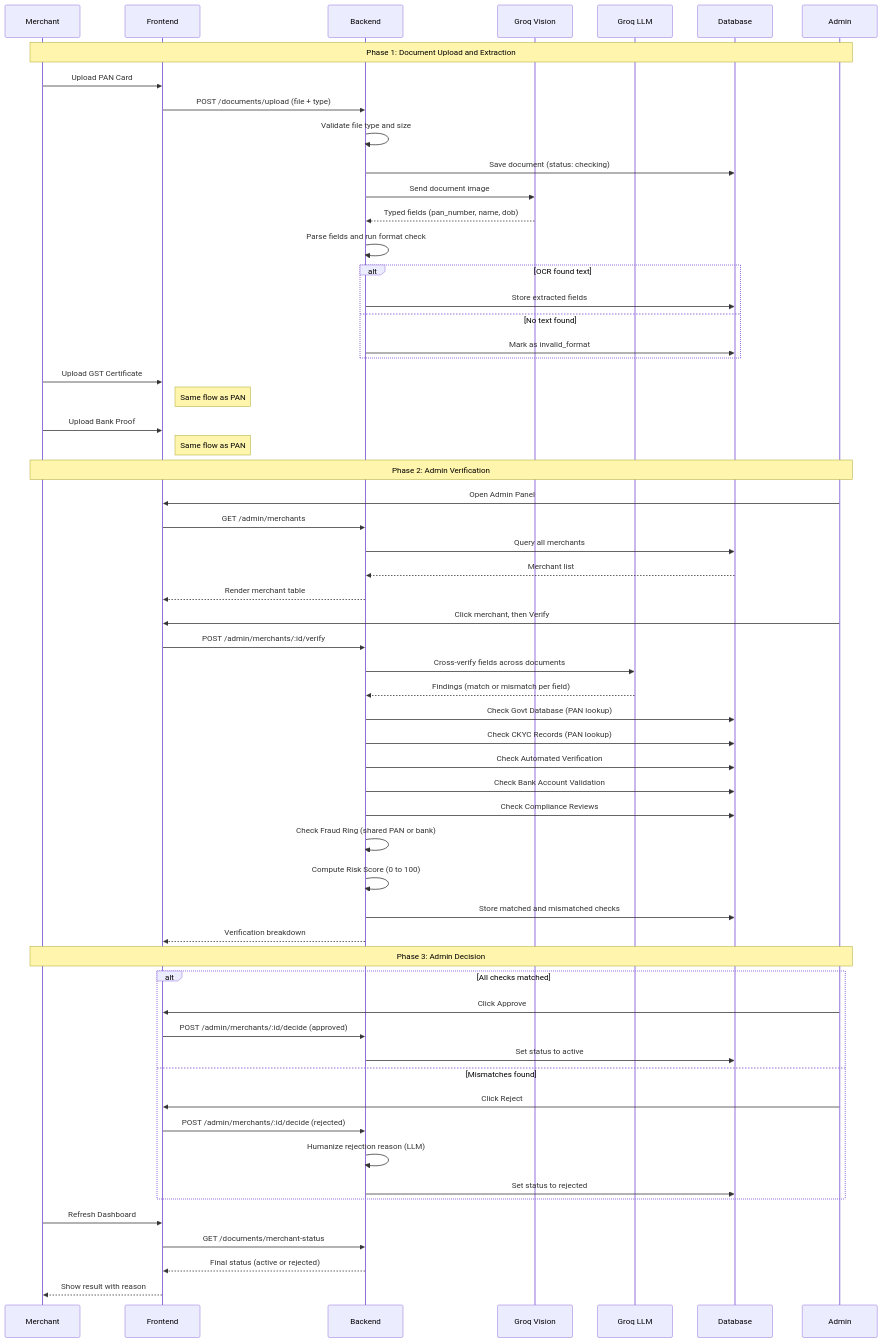
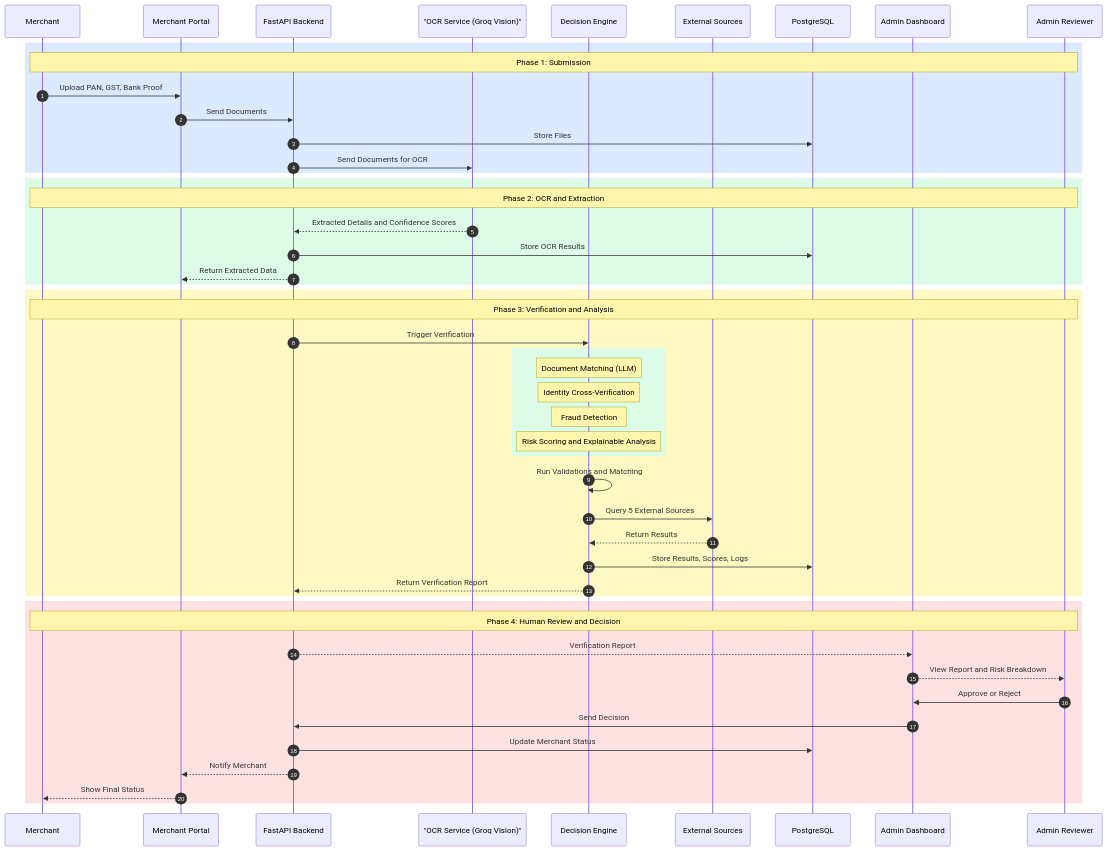
One commit to Aditya10507/Merchant-Growth-platform changed the second of 4 diagrams in README.md. Above: the diagram before and after it, drawn with Mermaid. The commit also changed other lines of this file and 1 other file, not shown here.

First line of the commit message:
Redesign README architecture diagrams into three professional diagrams

````diff
--- a/README.md
+++ b/README.md
@@ -130,71 +197,55 @@
 ```mermaid
 sequenceDiagram
+    autonumber
     participant M as Merchant
-    participant F as Frontend
-    participant B as Backend
-    participant OCR as Groq Vision
-    participant LLM as Groq LLM
-    participant DB as Database
-    participant A as Admin
+    participant P as Merchant Portal
+    participant B as FastAPI Backend
+    participant G as "OCR Service (Groq Vision)"
+    participant D as Decision Engine
+    participant X as External Sources
+    participant DB as PostgreSQL
+    participant A as Admin Dashboard
+    participant R as Admin Reviewer
 
-    Note over M,A: Phase 1: Document Upload and Extraction
-
-    M->>F: Upload PAN Card
-    F->>B: POST /documents/upload (file + type)
-    B->>B: Validate file type and size
-    B->>DB: Save document (status: checking)
-    B->>OCR: Send document image
-    OCR-->>B: Typed fields (pan_number, name, dob)
-    B->>B: Parse fields and run format check
-    alt OCR found text
-        B->>DB: Store extracted fields
-    else No text found
-        B->>DB: Mark as invalid_format
+    rect rgb(219, 234, 254)
+        Note over M,R: Phase 1: Submission
+        M->>P: Upload PAN, GST, Bank Proof
+        P->>B: Send Documents
+        B->>DB: Store Files
+        B->>G: Send Documents for OCR
     end
 
-    M->>F: Upload GST Certificate
-    Note right of F: Same flow as PAN
-
-    M->>F: Upload Bank Proof
-    Note right of F: Same flow as PAN
-
-    Note over M,A: Phase 2: Admin Verification
-
-    A->>F: Open Admin Panel
-    F->>B: GET /admin/merchants
-    B->>DB: Query all merchants
-    DB-->>B: Merchant list
-    B-->>F: Render merchant table
-
-    A->>F: Click merchant, then Verify
-    F->>B: POST /admin/merchants/:id/verify
-    B->>LLM: Cross-verify fields across documents
-    LLM-->>B: Findings (match or mismatch per field)
-    B->>DB: Check Govt Database (PAN lookup)
-    B->>DB: Check CKYC Records (PAN lookup)
-    B->>DB: Check Automated Verification
-    B->>DB: Check Bank Account Validation
-    B->>DB: Check Compliance Reviews
-    B->>B: Check Fraud Ring (shared PAN or bank)
-    B->>B: Compute Risk Score (0 to 100)
-    B->>DB: Store matched and mismatched checks
-    B-->>F: Verification breakdown
-
-    Note over M,A: Phase 3: Admin Decision
-
-    alt All checks matched
-        A->>F: Click Approve
-        F->>B: POST /admin/merchants/:id/decide (approved)
-        B->>DB: Set status to active
-    else Mismatches found
-        A->>F: Click Reject
-        F->>B: POST /admin/merchants/:id/decide (rejected)
-        B->>B: Humanize rejection reason (LLM)
-        B->>DB: Set status to rejected
+    rect rgb(220, 252, 231)
+        Note over M,R: Phase 2: OCR and Extraction
+        G-->>B: Extracted Details and Confidence Scores
+        B->>DB: Store OCR Results
+        B-->>P: Return Extracted Data
     end
 
-    M->>F: Refresh Dashboard
-    F->>B: GET /documents/merchant-status
-    B-->>F: Final status (active or rejected)
-    F-->>M: Show result with reason
+    rect rgb(254, 249, 195)
+        Note over M,R: Phase 3: Verification and Analysis
+        B->>D: Trigger Verification
+        rect rgb(220, 252, 231)
+            Note over D: Document Matching (LLM)
+            Note over D: Identity Cross-Verification
+            Note over D: Fraud Detection
+            Note over D: Risk Scoring and Explainable Analysis
+        end
+        D->>D: Run Validations and Matching
+        D->>X: Query 5 External Sources
+        X-->>D: Return Results
+        D->>DB: Store Results, Scores, Logs
+        D-->>B: Return Verification Report
+    end
+
+    rect rgb(254, 226, 226)
+        Note over M,R: Phase 4: Human Review and Decision
+        B-->>A: Verification Report
+        A-->>R: View Report and Risk Breakdown
+        R->>A: Approve or Reject
+        A->>B: Send Decision
+        B->>DB: Update Merchant Status
+        B-->>P: Notify Merchant
+        P-->>M: Show Final Status
+    end
 ```
````
